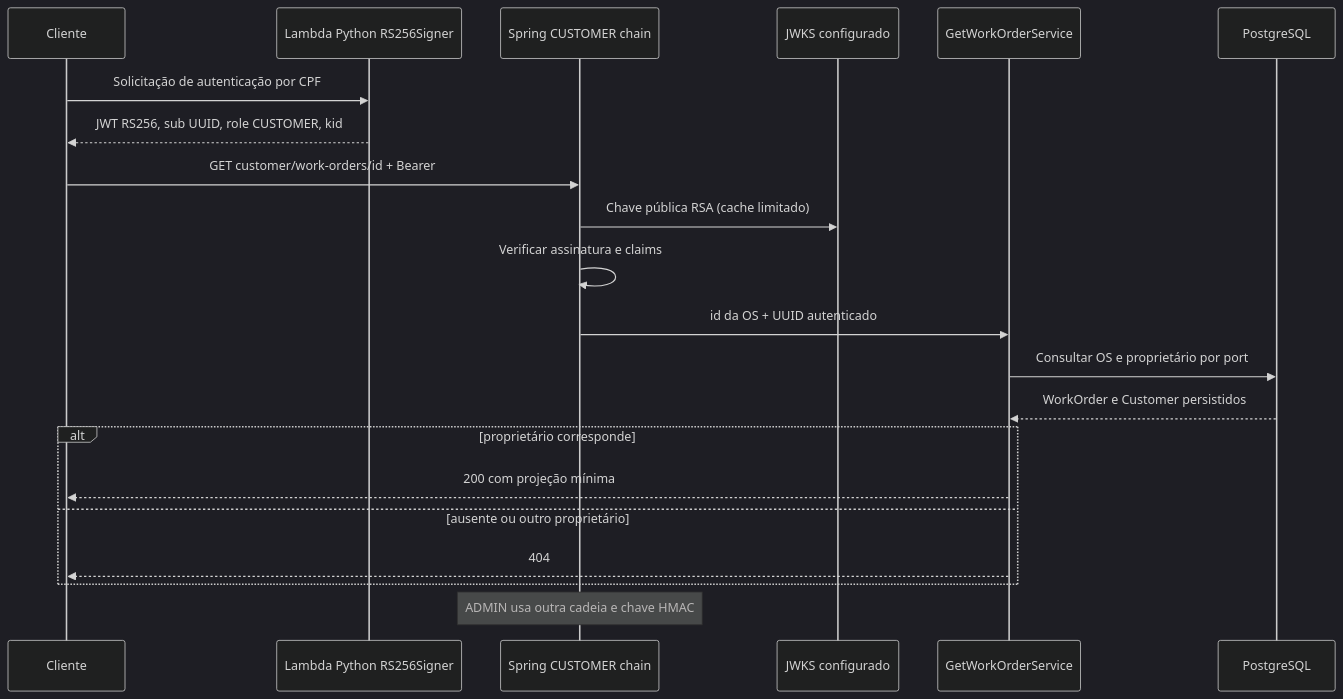
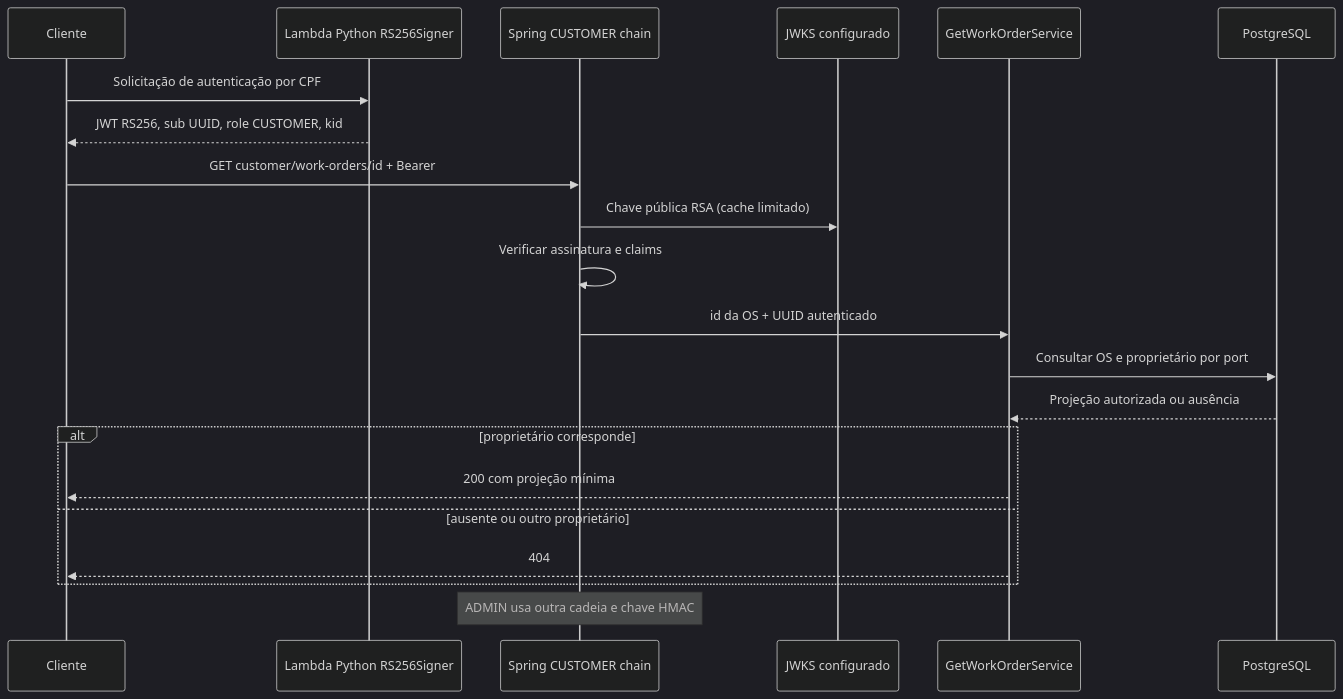
The diagram in docs/fase3/customer-rs256-integration.md (ppdssdev/tech-challenge-oficina), drawn with Mermaid (dark theme) before and after one commit. The commit also changed other lines of this file and 19 other files, not shown here.

````diff
--- a/docs/fase3/customer-rs256-integration.md
+++ b/docs/fase3/customer-rs256-integration.md
@@ -15,23 +15,23 @@
 ```mermaid
 sequenceDiagram
     participant C as Cliente
     participant L as Lambda Python RS256Signer
     participant S as Spring CUSTOMER chain
     participant J as JWKS configurado
     participant U as GetWorkOrderService
     participant P as PostgreSQL
     C->>L: Solicitação de autenticação por CPF
     L-->>C: JWT RS256, sub UUID, role CUSTOMER, kid
     C->>S: GET customer/work-orders/id + Bearer
     S->>J: Chave pública RSA (cache limitado)
     S->>S: Verificar assinatura e claims
     S->>U: id da OS + UUID autenticado
     U->>P: Consultar OS e proprietário por port
-    P-->>U: WorkOrder e Customer persistidos
+    P-->>U: Projeção autorizada ou ausência
     alt proprietário corresponde
         U-->>C: 200 com projeção mínima
     else ausente ou outro proprietário
         U-->>C: 404
     end
     Note over S: ADMIN usa outra cadeia e chave HMAC
 ```
````
